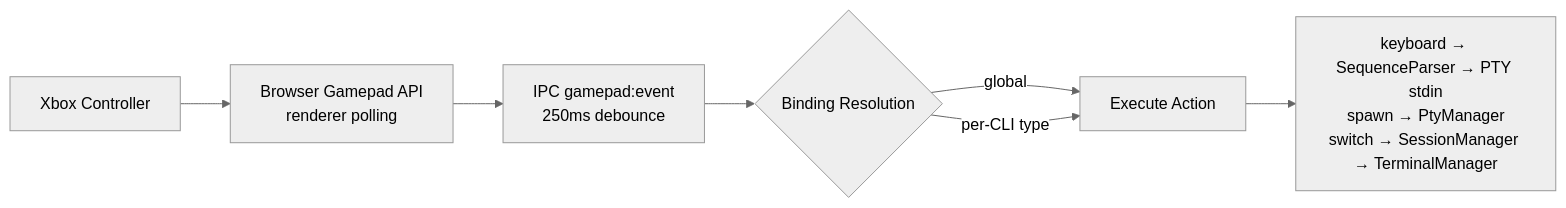
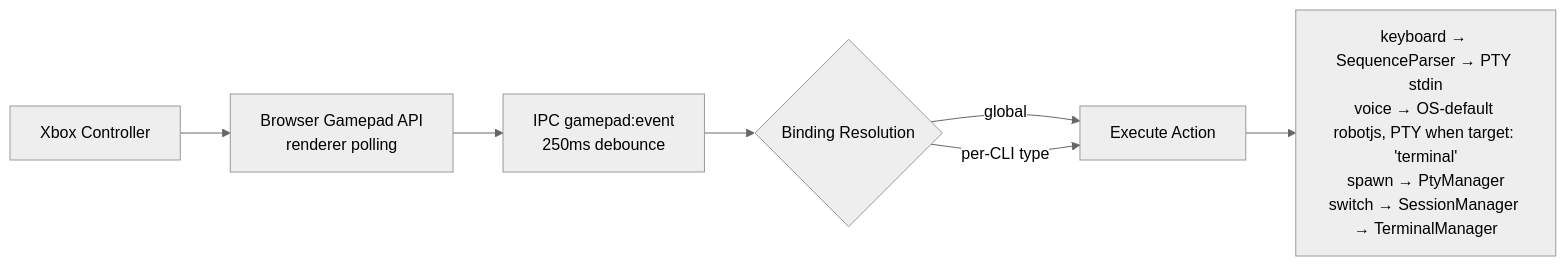
The second of 3 diagrams in .github/copilot-instructions.md (PetePeter/gamepad-cli-hub), drawn with Mermaid (neutral theme) before and after one commit. The commit also changed other lines of this file and 11 other files, not shown here.

First line of the commit message:
feat: keyboard relay for paste + voice PTY routing

````diff
--- a/.github/copilot-instructions.md
+++ b/.github/copilot-instructions.md
@@ -58,9 +58,9 @@
 ```mermaid
 flowchart LR
     A[Xbox Controller] --> B[Browser Gamepad API<br/>renderer polling]
     B --> C[IPC gamepad:event<br/>250ms debounce]
     C --> D{Binding Resolution}
     D -->|global| E[Execute Action]
     D -->|per-CLI type| E
-    E --> F[keyboard → SequenceParser → PTY stdin<br/>spawn → PtyManager<br/>switch → SessionManager → TerminalManager]
+    E --> F[keyboard → SequenceParser → PTY stdin<br/>voice → OS-default robotjs, PTY when target: 'terminal'<br/>spawn → PtyManager<br/>switch → SessionManager → TerminalManager]
 ```
````
